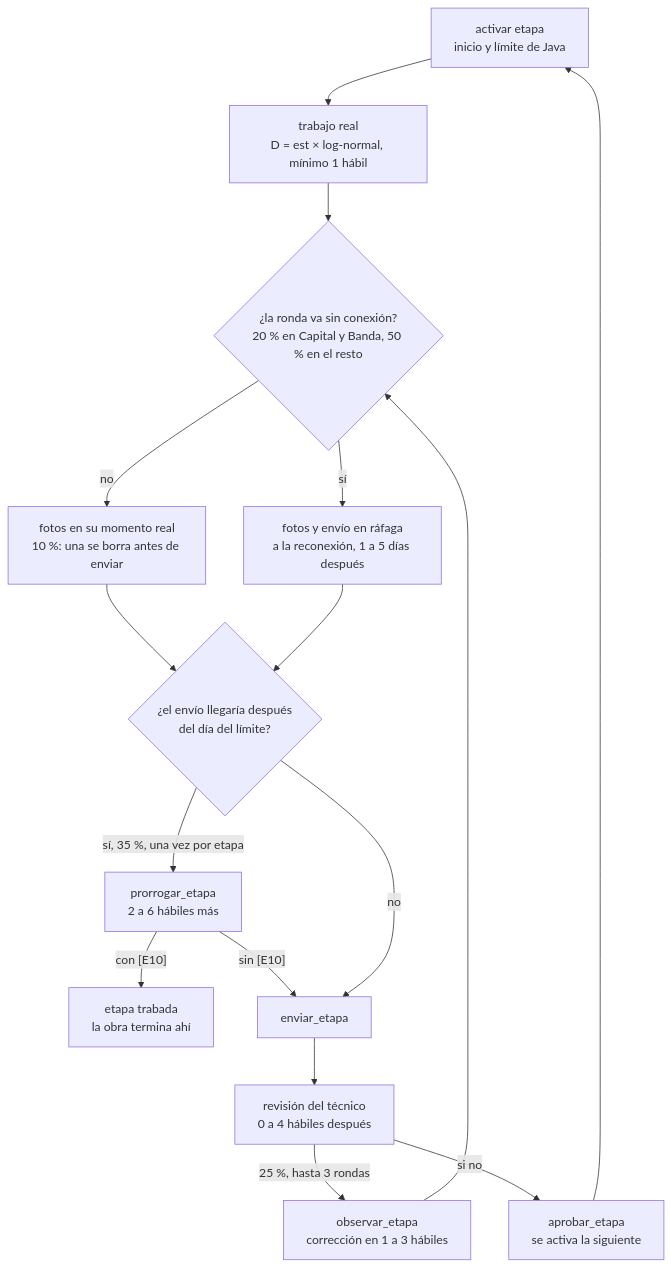
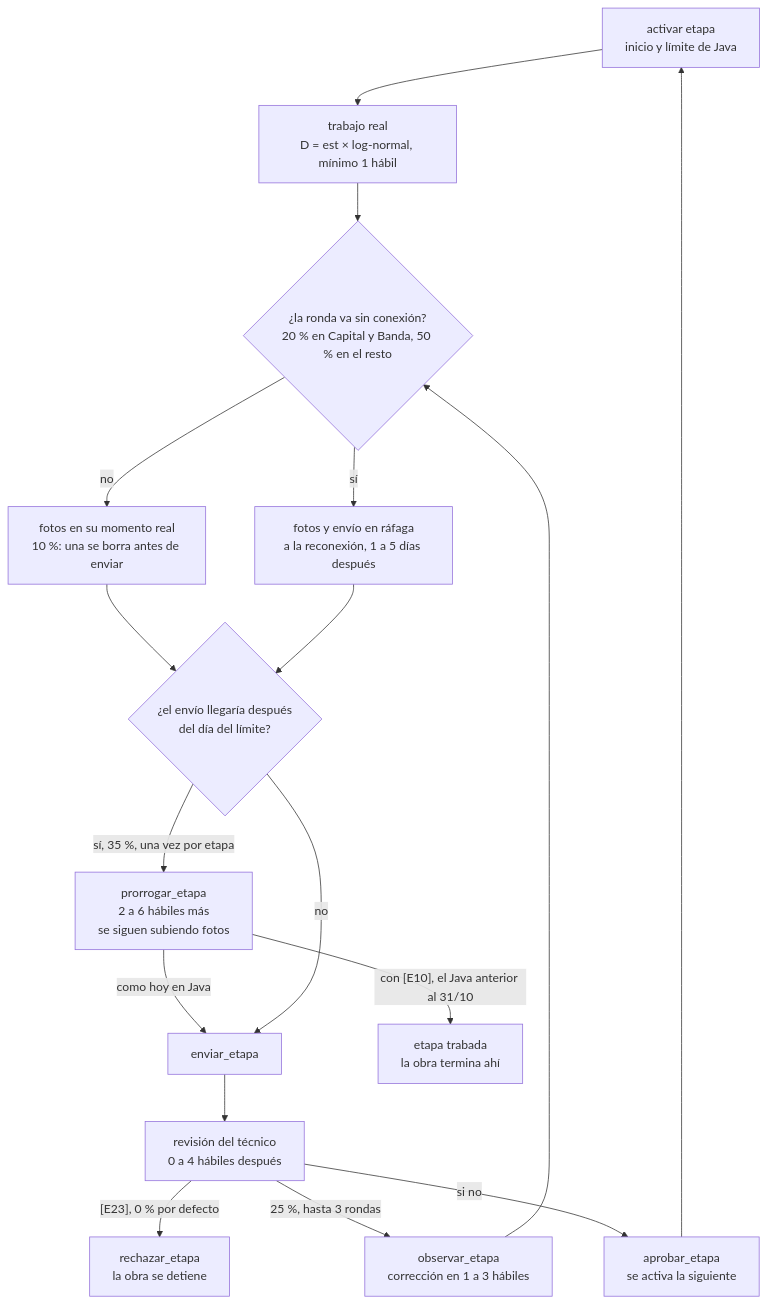
One commit to enzopazzelli/vivso-analitica changed the sixth of 9 diagrams in docs/simulacion.md. Above: the diagram before and after it, drawn with Mermaid. The commit also changed other lines of this file and 6 other files, not shown here.

````diff
--- a/docs/simulacion.md
+++ b/docs/simulacion.md
@@ -104,18 +107,19 @@
 ```mermaid
 flowchart TD
     A["activar etapa<br/>inicio y límite de Java"] --> T["trabajo real<br/>D = est × log-normal, mínimo 1 hábil"]
     T --> C{"¿la ronda va sin conexión?<br/>20 % en Capital y Banda, 50 % en el resto"}
     C -->|"no"| F1["fotos en su momento real<br/>10 %: una se borra antes de enviar"]
     C -->|"sí"| F2["fotos y envío en ráfaga<br/>a la reconexión, 1 a 5 días después"]
     F1 --> P{"¿el envío llegaría después<br/>del día del límite?"}
     F2 --> P
-    P -->|"sí, 35 %, una vez por etapa"| PR["prorrogar_etapa<br/>2 a 6 hábiles más"]
-    PR -->|"con [E10]"| TR["etapa trabada<br/>la obra termina ahí"]
-    PR -->|"sin [E10]"| E
+    P -->|"sí, 35 %, una vez por etapa"| PR["prorrogar_etapa<br/>2 a 6 hábiles más<br/>se siguen subiendo fotos"]
+    PR -->|"como hoy en Java"| E
+    PR -->|"con [E10], el Java anterior al 31/10"| TR["etapa trabada<br/>la obra termina ahí"]
     P -->|"no"| E["enviar_etapa"]
     E --> R["revisión del técnico<br/>0 a 4 hábiles después"]
+    R -->|"[E23], 0 % por defecto"| RE["rechazar_etapa<br/>la obra se detiene"]
     R -->|"25 %, hasta 3 rondas"| O["observar_etapa<br/>corrección en 1 a 3 hábiles"]
     O --> C
     R -->|"si no"| AP["aprobar_etapa<br/>se activa la siguiente"]
     AP --> A
 ```
````
